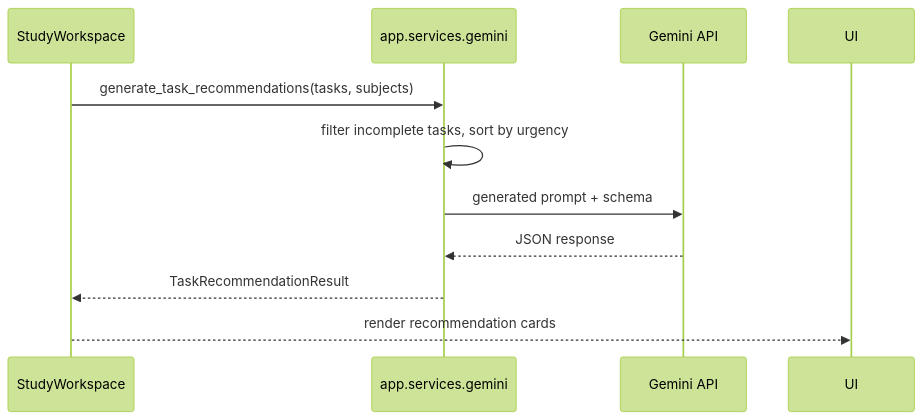
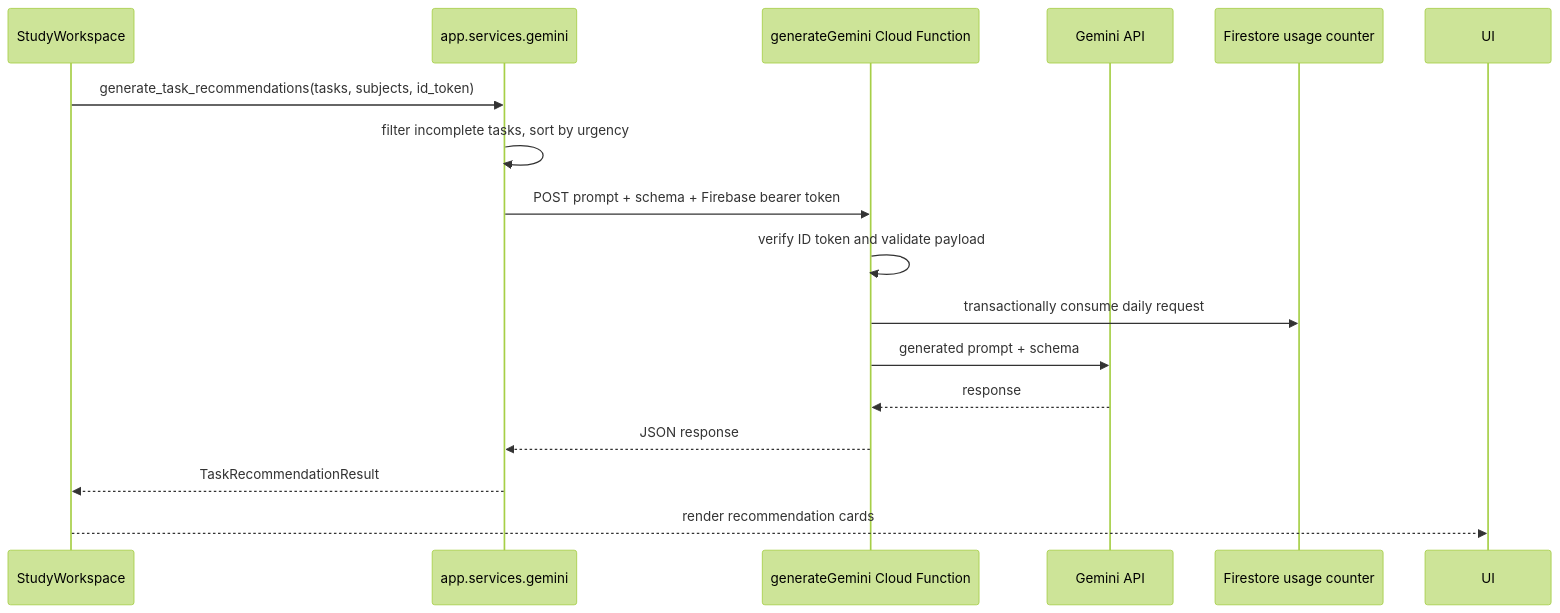
The fourth of 4 diagrams in docs/ARCHITECTURE.md (WinterSolstice305/smartStudyTaskManagerV1), drawn with Mermaid (forest theme) before and after one commit. The commit also changed other lines of this file and 16 other files, not shown here.

````diff
--- a/docs/ARCHITECTURE.md
+++ b/docs/ARCHITECTURE.md
@@ -152,13 +184,19 @@
 ```mermaid
 sequenceDiagram
     participant Workspace as StudyWorkspace
     participant Gemini as app.services.gemini
+    participant Function as generateGemini Cloud Function
     participant API as Gemini API
+    participant Usage as Firestore usage counter
 
-    Workspace->>Gemini: generate_task_recommendations(tasks, subjects)
+    Workspace->>Gemini: generate_task_recommendations(tasks, subjects, id_token)
     Gemini->>Gemini: filter incomplete tasks, sort by urgency
-    Gemini->>API: generated prompt + schema
-    API-->>Gemini: JSON response
+    Gemini->>Function: POST prompt + schema + Firebase bearer token
+    Function->>Function: verify ID token and validate payload
+    Function->>Usage: transactionally consume daily request
+    Function->>API: generated prompt + schema
+    API-->>Function: response
+    Function-->>Gemini: JSON response
     Gemini-->>Workspace: TaskRecommendationResult
     Workspace-->>UI: render recommendation cards
 ```
````
